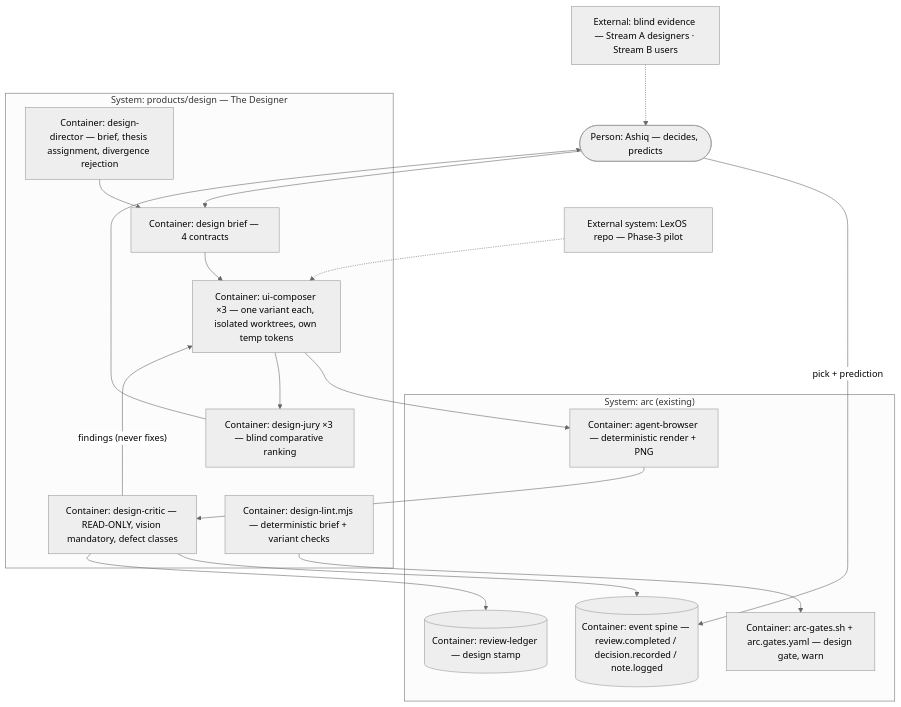
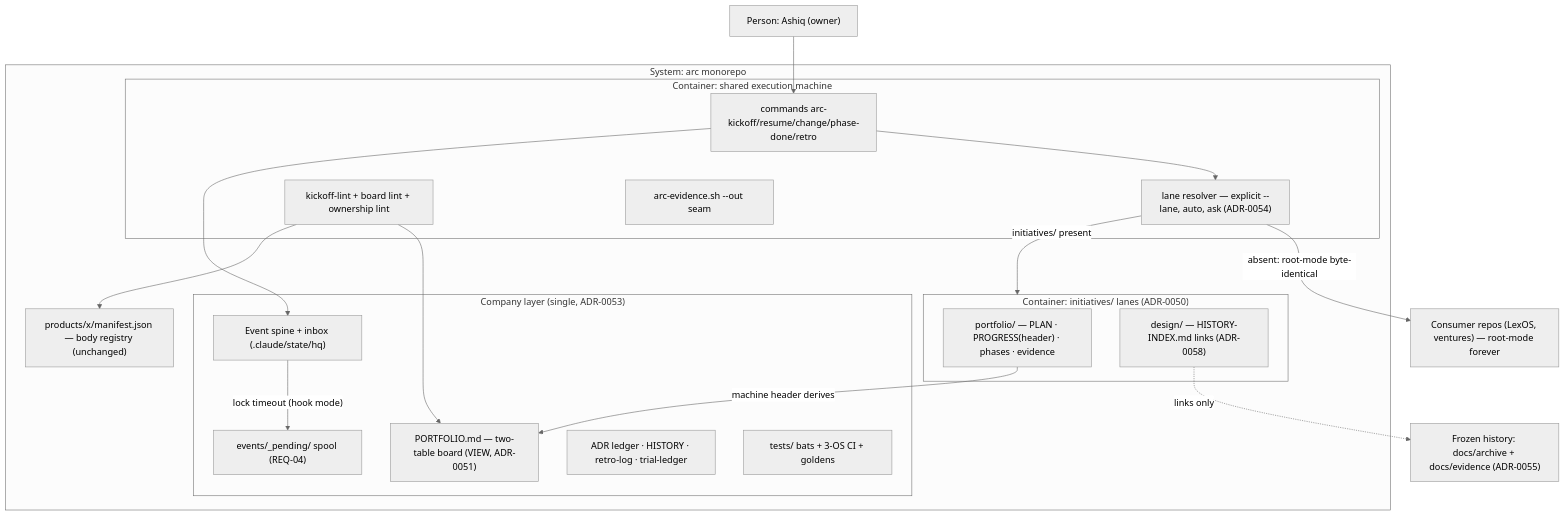
Before and after one commit to technology-ashiq/arc: the diagram in PLAN.md, drawn with Mermaid (neutral theme). The commit also changed other lines of this file and 15 other files, not shown here.

Commit message:
docs(kickoff): Cycle 4 arc-portfolio "The Conductor" — PLAN, ADR-0050..0059, phases, tracker

````diff
--- a/PLAN.md
+++ b/PLAN.md
@@ -84,34 +60,36 @@
 ```mermaid
 flowchart TB
-  owner(["Person: Ashiq — decides, predicts"])
-  subgraph design ["System: products/design — The Designer"]
-    director["Container: design-director — brief, thesis assignment, divergence rejection"]
-    composers["Container: ui-composer ×3 — one variant each, isolated worktrees, own temp tokens"]
-    critic["Container: design-critic — READ-ONLY, vision mandatory, defect classes"]
-    jury["Container: design-jury ×3 — blind comparative ranking"]
-    dlint["Container: design-lint.mjs — deterministic brief + variant checks"]
-    brieff["Container: design brief — 4 contracts"]
-  end
-  subgraph arc ["System: arc (existing)"]
-    browser["Container: agent-browser — deterministic render + PNG"]
-    gates["Container: arc-gates.sh + arc.gates.yaml — design gate, warn"]
-    spine[("Container: event spine — review.completed / decision.recorded / note.logged")]
-    ledger[("Container: review-ledger — design stamp")]
-  end
-  lexos["External system: LexOS repo — Phase-3 pilot"]
-  streams["External: blind evidence — Stream A designers · Stream B users"]
-  owner --> brieff
-  director --> brieff
-  brieff --> composers
-  composers --> browser
-  browser --> critic
-  critic -- "findings (never fixes)" --> composers
-  critic --> spine
-  critic --> ledger
-  composers --> jury
-  jury --> owner
-  owner -- "pick + prediction" --> spine
-  dlint --> gates
-  lexos -.-> composers
-  streams -.-> owner
+    owner["Person: Ashiq (owner)"]
+    subgraph arc["System: arc monorepo"]
+        subgraph company["Company layer (single, ADR-0053)"]
+            board["PORTFOLIO.md — two-table board (VIEW, ADR-0051)"]
+            spine["Event spine + inbox (.claude/state/hq)"]
+            spool["events/_pending/ spool (REQ-04)"]
+            ledger["ADR ledger · HISTORY · retro-log · trial-ledger"]
+            ci["tests/ bats + 3-OS CI + goldens"]
+        end
+        subgraph lanes["Container: initiatives/ lanes (ADR-0050)"]
+            lp["portfolio/ — PLAN · PROGRESS(header) · phases · evidence"]
+            ld["design/ — HISTORY-INDEX.md links (ADR-0058)"]
+        end
+        subgraph machine["Container: shared execution machine"]
+            cmds["commands arc-kickoff/resume/change/phase-done/retro"]
+            resolver["lane resolver — explicit --lane, auto, ask (ADR-0054)"]
+            lint["kickoff-lint + board lint + ownership lint"]
+            evid["arc-evidence.sh --out seam"]
+        end
+        registry["products/x/manifest.json — body registry (unchanged)"]
+    end
+    frozen["Frozen history: docs/archive + docs/evidence (ADR-0055)"]
+    consumer["Consumer repos (LexOS, ventures) — root-mode forever"]
+    owner --> cmds
+    cmds --> resolver
+    resolver -->|"initiatives/ present"| lanes
+    resolver -->|"absent: root-mode byte-identical"| consumer
+    cmds --> spine
+    spine -->|"lock timeout (hook mode)"| spool
+    lp -->|"machine header derives"| board
+    lint --> board
+    lint --> registry
+    ld -.->|links only| frozen
 ```
````
